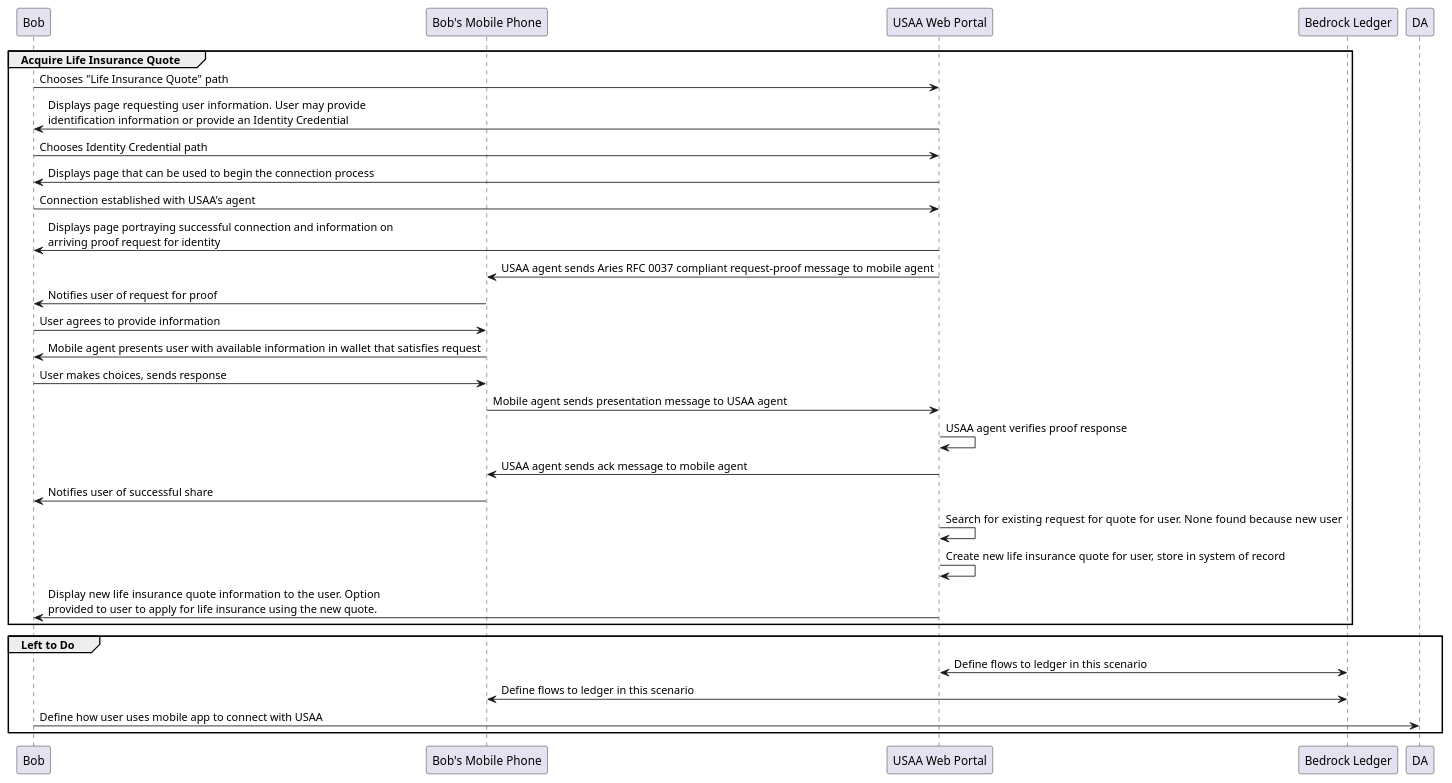
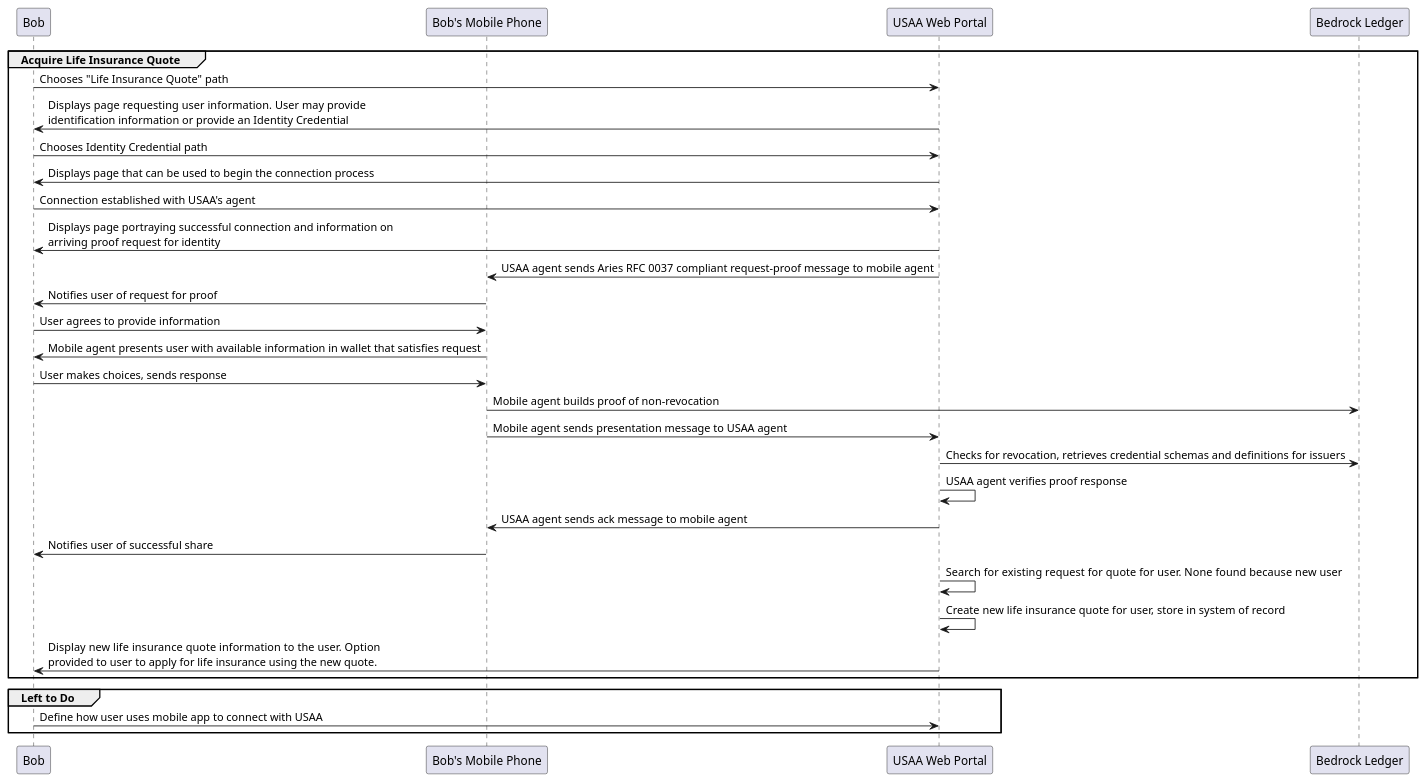
One commit to bedrock-consortium/bbu-tswg-research changed the diagram in PoC/docs/interactionDiagrams/src/USAAIssuanceLIQuote.puml. Above: the diagram before and after it, drawn with PlantUML. The commit also changed 7 other files, not shown here.

Commit message:
updated interaction diagrams to clarify ledger use

```diff
--- a/PoC/docs/interactionDiagrams/src/USAAIssuanceLIQuote.puml
+++ b/PoC/docs/interactionDiagrams/src/USAAIssuanceLIQuote.puml
@@ -1,35 +1,35 @@
 @startuml
 
 participant "Bob" as USER
 participant "Bob's Mobile Phone" as MP
 participant "USAA Web Portal" as US
 participant "Bedrock Ledger" as LE
 
 group Acquire Life Insurance Quote
 USER->US: Chooses "Life Insurance Quote" path
 US->USER: Displays page requesting user information.  User may provide\nidentification information or provide an Identity Credential
 USER->US: Chooses Identity Credential path
 US->USER: Displays page that can be used to begin the connection process
 USER->US: Connection established with USAA's agent
 US->USER: Displays page portraying successful connection and information on\narriving proof request for identity
 US->MP:   USAA agent sends Aries RFC 0037 compliant request-proof message to mobile agent
 MP->USER: Notifies user of request for proof
 USER->MP: User agrees to provide information
 MP->USER: Mobile agent presents user with available information in wallet that satisfies request
 USER->MP: User makes choices, sends response
+MP->LE:   Mobile agent builds proof of non-revocation
 MP->US:   Mobile agent sends presentation message to USAA agent
+US->LE:   Checks for revocation, retrieves credential schemas and definitions for issuers
 US->US:   USAA agent verifies proof response
 US->MP:   USAA agent sends ack message to mobile agent
 MP->USER: Notifies user of successful share
 US->US:   Search for existing request for quote for user.  None found because new user
 US->US:   Create new life insurance quote for user, store in system of record
 US->USER: Display new life insurance quote information to the user.  Option\nprovided to user to apply for life insurance using the new quote.
 end
 
 group Left to Do
-US<->LE:  Define flows to ledger in this scenario
-MP<->LE:  Define flows to ledger in this scenario
-USER->DA: Define how user uses mobile app to connect with USAA
+USER->US: Define how user uses mobile app to connect with USAA
 end
 
 @enduml
```
